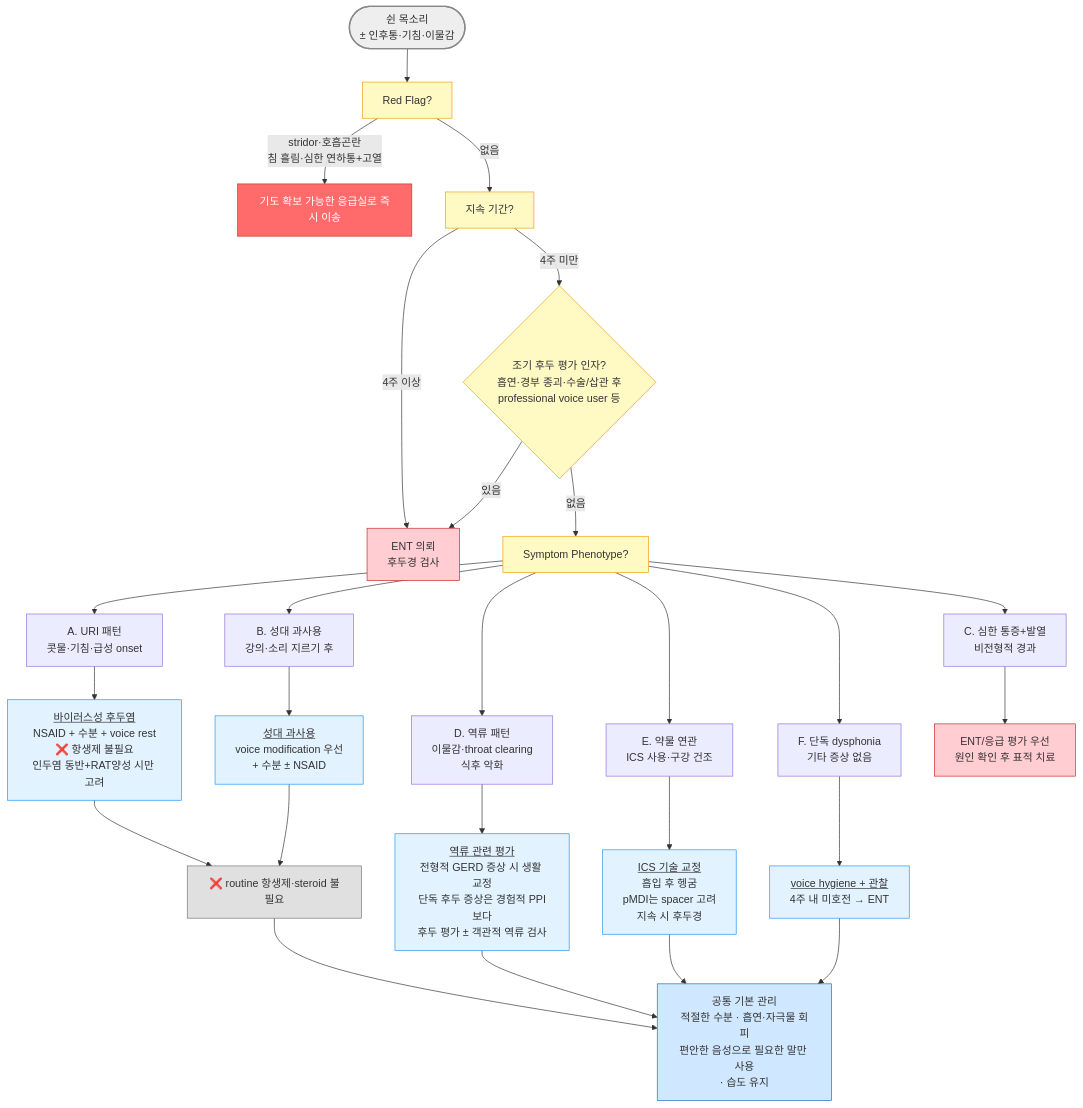
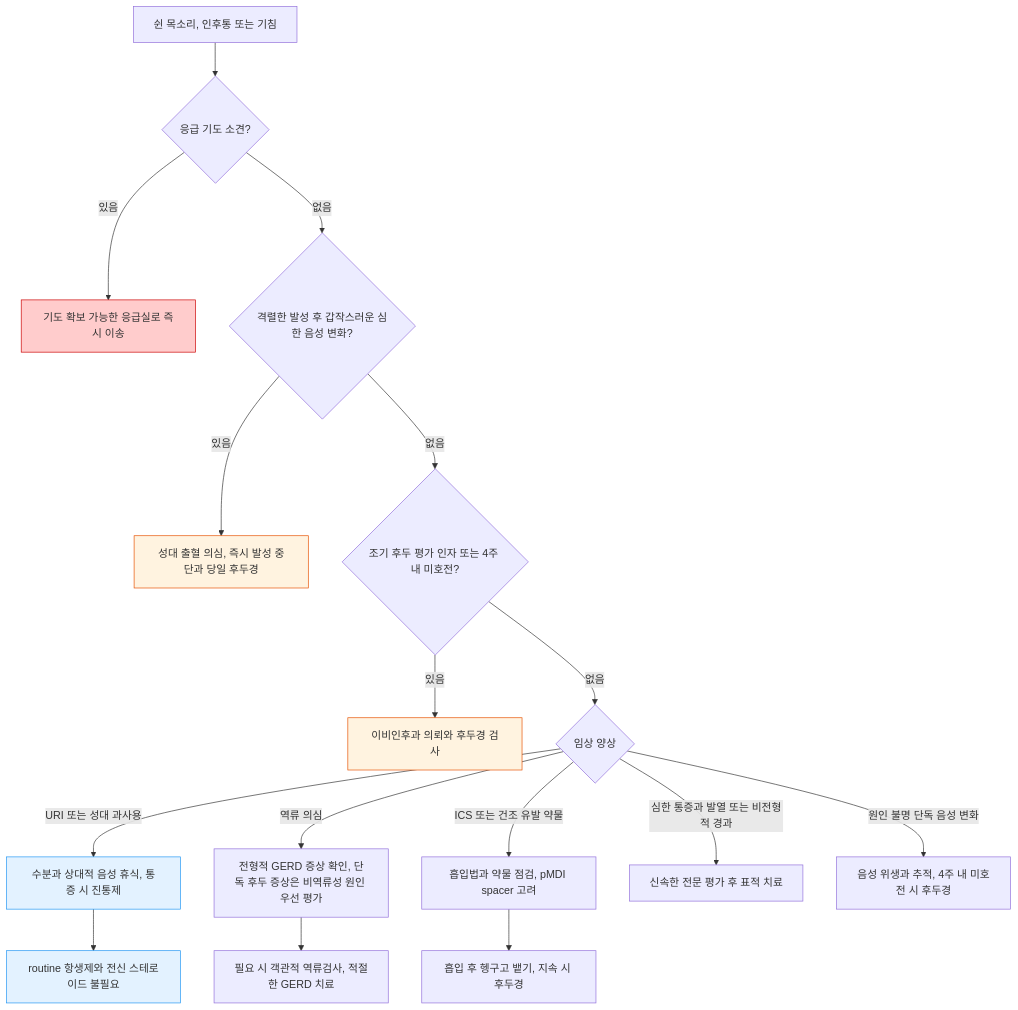
The diagram in 223_/063_-laryngitis.md (familyoh77/familyoh77), drawn with Mermaid before and after one commit. The commit also changed other lines of this file and 2 other files, not shown here.

````diff
--- a/223_/063_-laryngitis.md
+++ b/223_/063_-laryngitis.md
@@ -66,44 +67,23 @@
 ```mermaid
 graph TD
-    A([쉰 목소리<br/>± 인후통·기침·이물감]) --> B[Red Flag?]
-    B -- stridor·호흡곤란<br/>침 흘림·심한 연하통+고열 --> C[기도 확보 가능한 응급실로 즉시 이송]
-    B -- 없음 --> D[지속 기간?]
-    D -- 4주 이상 --> E[ENT 의뢰<br/>후두경 검사]
-    D -- 4주 미만 --> W{조기 후두 평가 인자?<br/>흡연·경부 종괴·수술/삽관 후<br/>professional voice user 등}
-    W -- 있음 --> E
-    W -- 없음 --> F[Symptom Phenotype?]
-
-    F --> G["A. URI 패턴<br/>콧물·기침·급성 onset"]
-    F --> H["B. 성대 과사용<br/>강의·소리 지르기 후"]
-    F --> I["D. 역류 패턴<br/>이물감·throat clearing<br/>식후 악화"]
-    F --> J["E. 약물 연관<br/>ICS 사용·구강 건조"]
-    F --> K["F. 단독 dysphonia<br/>기타 증상 없음"]
-    F --> L["C. 심한 통증+발열<br/>비전형적 경과"]
-
-    G --> M["<u>바이러스성 후두염</u><br/>NSAID + 수분 + voice rest<br/>❌ 항생제 불필요<br/>인두염 동반+RAT양성 시만 고려"]
-    H --> N["<u>성대 과사용</u><br/>voice modification 우선<br/>+ 수분 ± NSAID"]
-    I --> O["<u>역류 관련 평가</u><br/>전형적 GERD 증상 시 생활 교정<br/>단독 후두 증상은 경험적 PPI보다<br/>후두 평가 ± 객관적 역류 검사"]
-    J --> P["<u>ICS 기술 교정</u><br/>흡입 후 헹굼<br/>pMDI는 spacer 고려<br/>지속 시 후두경"]
-    K --> Q["<u>voice hygiene + 관찰</u><br/>4주 내 미호전 → ENT"]
-    L --> R[ENT/응급 평가 우선<br/>원인 확인 후 표적 치료]
-
-    M --> U["❌ routine 항생제·steroid 불필요"]
-    N --> U
-
-    U --> V[공통 기본 관리<br/>적절한 수분 · 흡연·자극물 회피<br/>편안한 음성으로 필요한 말만 사용<br/>· 습도 유지]
-    O --> V
-    P --> V
-    Q --> V
-
-style A fill:#eeeeee,stroke:#888888,stroke-width:2px
-classDef yellow fill:#fff9c4,stroke:#f39c12
-class B,D,W,F yellow
-classDef red fill:#ff6b6b,stroke:#c0392b,color:#fff
-class C red
-classDef sky fill:#e3f2ff,stroke:#2196f3
-class M,N,O,P,Q sky
-classDef l_red fill:#ffcdd2,stroke:#c62828
-class E,R l_red
-style V fill:#d0e8ff,stroke:#1a6abf
-    style U fill:#e0e0e0,stroke:#757575,stroke-width:1px
+    A["쉰 목소리, 인후통 또는 기침"] --> B{"응급 기도 소견?"}
+    B -->|있음| C["기도 확보 가능한 응급실로 즉시 이송"]
+    B -->|없음| D{"격렬한 발성 후 갑작스러운 심한 음성 변화?"}
+    D -->|있음| E["성대 출혈 의심, 즉시 발성 중단과 당일 후두경"]
+    D -->|없음| F{"조기 후두 평가 인자 또는 4주 내 미호전?"}
+    F -->|있음| G["이비인후과 의뢰와 후두경 검사"]
+    F -->|없음| H{"임상 양상"}
+    H -->|URI 또는 성대 과사용| I["수분과 상대적 음성 휴식, 통증 시 진통제"]
+    H -->|역류 의심| J["전형적 GERD 증상 확인, 단독 후두 증상은 비역류성 원인 우선 평가"]
+    H -->|ICS 또는 건조 유발 약물| K["흡입법과 약물 점검, pMDI spacer 고려"]
+    H -->|심한 통증과 발열 또는 비전형적 경과| L["신속한 전문 평가 후 표적 치료"]
+    H -->|원인 불명 단독 음성 변화| M["음성 위생과 추적, 4주 내 미호전 시 후두경"]
+    I --> N["routine 항생제와 전신 스테로이드 불필요"]
+    J --> O["필요 시 객관적 역류검사, 적절한 GERD 치료"]
+    K --> P["흡입 후 헹구고 뱉기, 지속 시 후두경"]
+    style C fill:#ffcccc,stroke:#cc0000
+    style E fill:#fff3e0,stroke:#e65100
+    style G fill:#fff3e0,stroke:#e65100
+    style I fill:#e3f2ff,stroke:#2196f3
+    style N fill:#e3f2ff,stroke:#2196f3
 ```
````
